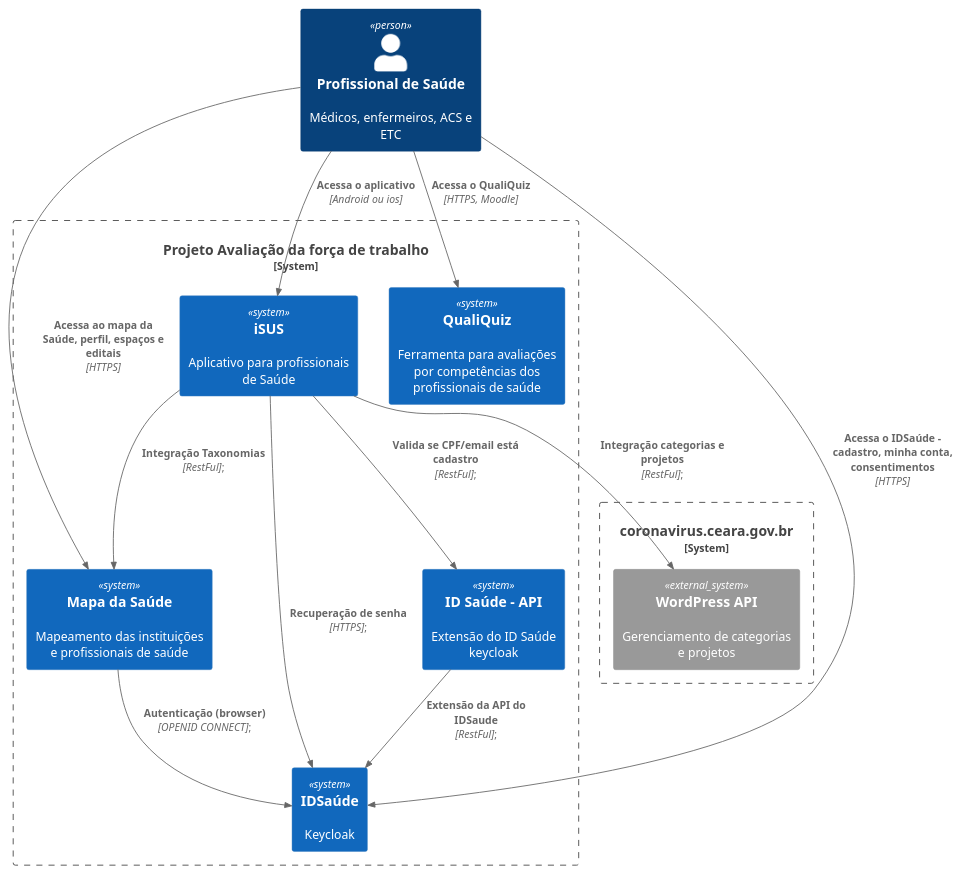
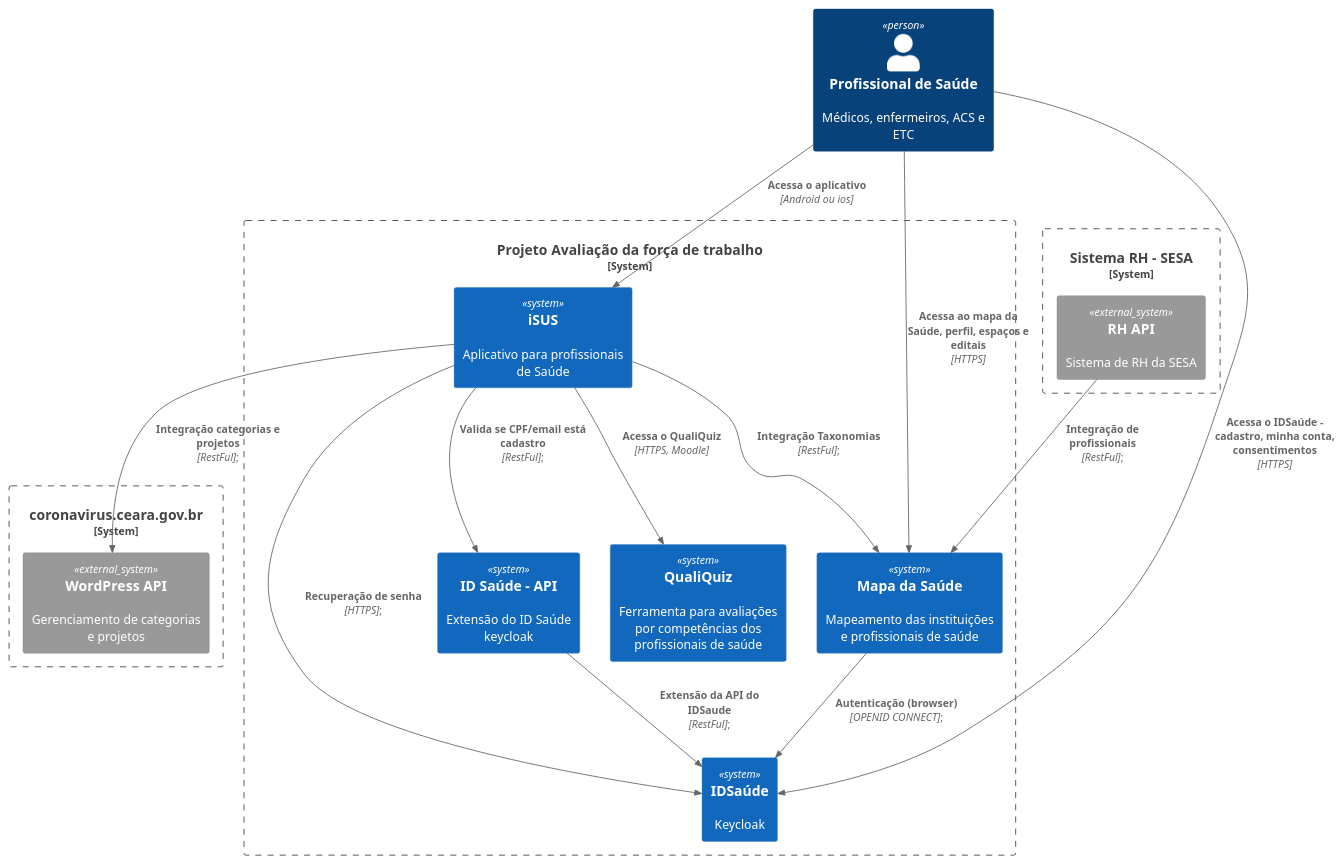
Before and after one commit to vicmagpac/plantuml-arquitetura-sistemas-forcadetrabalho: the diagram in forcadetrabalho.plantuml, drawn with PlantUML. The commit also changed 1 other file, not shown here.

Commit message:
add api SESA

```diff
--- a/forcadetrabalho.plantuml
+++ b/forcadetrabalho.plantuml
@@ -1,30 +1,35 @@
 @startuml avaliacaoforca
 !include https://raw.githubusercontent.com/plantuml-stdlib/C4-PlantUML/master/C4_Container.puml
 
 Person(profissionalDeSaude, "Profissional de Saúde", "Médicos, enfermeiros, ACS e ETC")
 
 System_Boundary(aavaliacaoforca, "Projeto Avaliação da força de trabalho") {
     System(IDSaude, "IDSaúde", "Keycloak", $link="https://raw.githubusercontent.com/victorMagalhaesPacheco/plantuml-arquitetura-sistemas-forcadetrabalho/main/out/idsaude/IDSaude.svg")
     System(mapadasaude, "Mapa da Saúde", "Mapeamento das instituições e profissionais de saúde")
     System(IDSaudeapi, "ID Saúde - API", "Extensão do ID Saúde keycloak")
     System(isus, "iSUS", "Aplicativo para profissionais de Saúde")
     System(qualiquiz, "QualiQuiz", "Ferramenta para avaliações por competências dos profissionais de saúde")
     Rel(profissionalDeSaude, isus, "Acessa o aplicativo", "Android ou ios")
     Rel(profissionalDeSaude, mapadasaude, "Acessa ao mapa da Saúde, perfil, espaços e editais", "HTTPS")
     Rel(profissionalDeSaude, IDSaude, "Acessa o IDSaúde - cadastro, minha conta, consentimentos", "HTTPS")
-    Rel(profissionalDeSaude, qualiquiz, "Acessa o QualiQuiz", "HTTPS, Moodle")
+    Rel(isus, qualiquiz, "Acessa o QualiQuiz", "HTTPS, Moodle")
 
     Rel(mapadasaude, IDSaude, "Autenticação (browser)", "OPENID CONNECT");
     Rel(isus, IDSaude, "Recuperação de senha", "HTTPS");
     Rel(IDSaudeapi, IDSaude, "Extensão da API do IDSaude", "RestFul");
     Rel(isus, IDSaudeapi, "Valida se CPF/email está cadastro", "RestFul");
     Rel(isus, mapadasaude, "Integração Taxonomias", "RestFul");
 }
 
 System_Boundary(coronavirus, "coronavirus.ceara.gov.br") {
     System_Ext(wordpressapi, "WordPress API", "Gerenciamento de categorias e projetos")
 }
 
+System_Boundary(rhsesa, "Sistema RH - SESA") {
+    System_Ext(rhsesaapi, "RH API", "Sistema de RH da SESA ")
+}
+
 Rel(isus, wordpressapi, "Integração categorias e projetos", "RestFul");
+Rel(rhsesaapi, mapadasaude, "Integração de profissionais", "RestFul");
 
 @enduml
```
